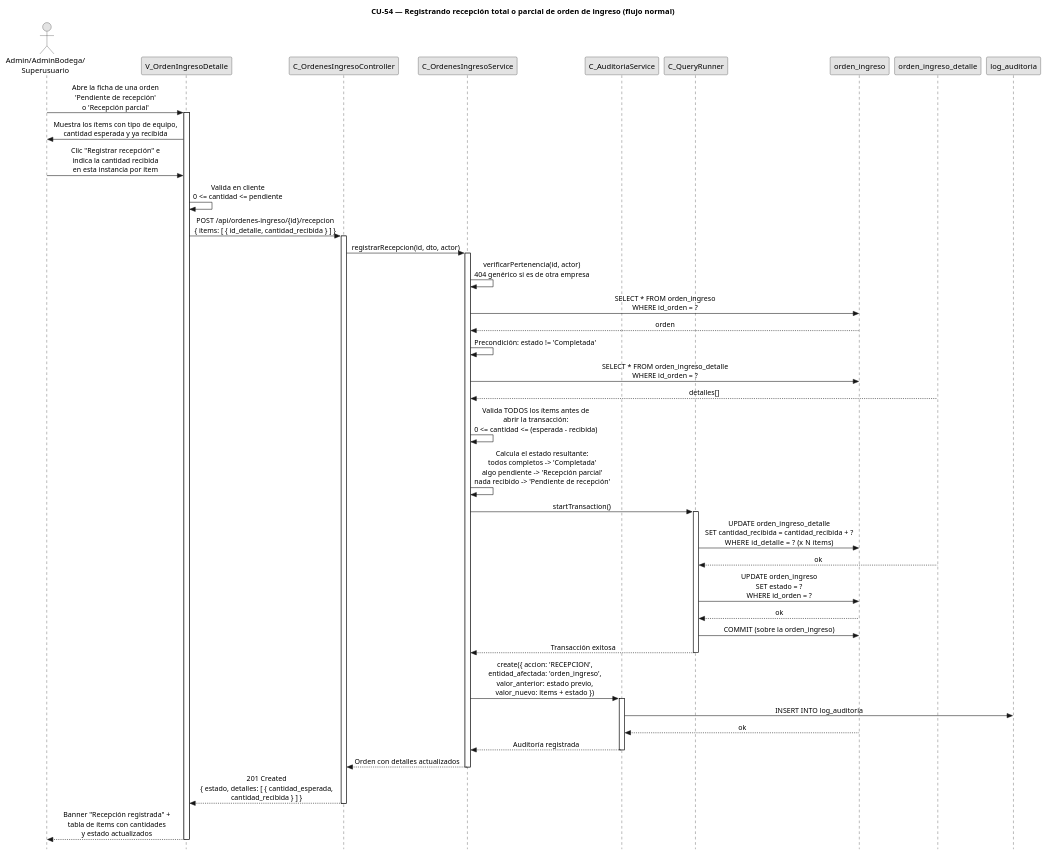
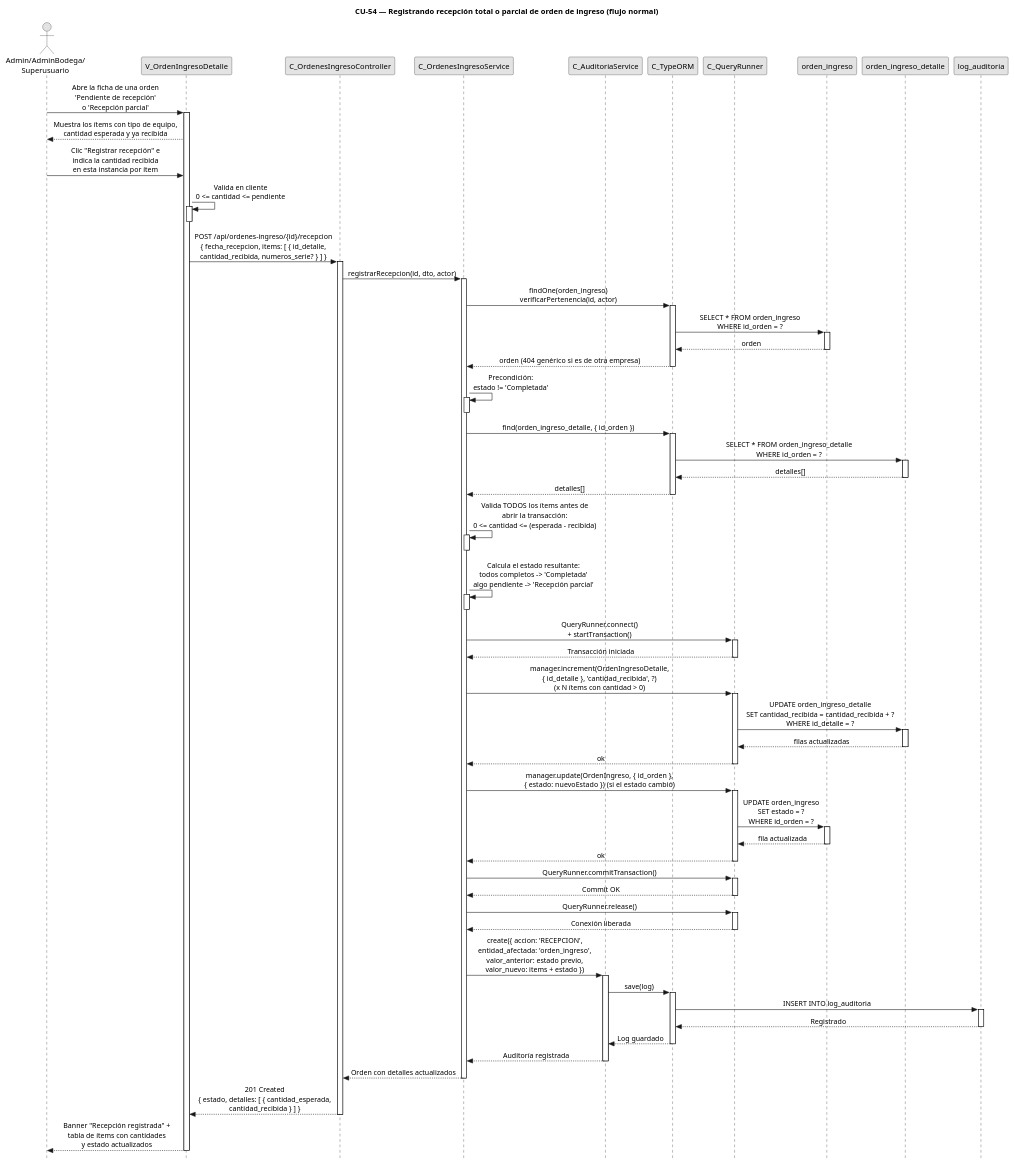
One commit to FSM-Finet-y-Cable-Magico/Team_1-Inventario-y-Bodega changed the diagram in diagramas/diagramas-secuencia/CU54/CU54-normal.puml. Above: the diagram before and after it, drawn with PlantUML. The commit also changed 21 other files, not shown here.

First line of the commit message:
docs(diagramas): retornos trazables en CU-54/57 y loops sin rectángulo (notas inicio/término)

```diff
--- a/diagramas/diagramas-secuencia/CU54/CU54-normal.puml
+++ b/diagramas/diagramas-secuencia/CU54/CU54-normal.puml
@@ -1,92 +1,137 @@
 @startuml CU54-RecepcionOrdenIngreso-Normal
 title CU-54 — Registrando recepción total o parcial de orden de ingreso (flujo normal)
 
 skinparam style strictuml
 skinparam monochrome true
 skinparam shadowing false
 skinparam sequenceMessageAlign center
 <style>
 sequenceDiagram {
   participant {
     margin 35
   }
   actor {
     margin 15
   }
 }
 </style>
 skinparam sequence {
   MessageAlign center
   LifeLineBorderColor black
 }
 hide footbox
 
 actor "Admin/AdminBodega/\nSuperusuario" as user
 participant "V_OrdenIngresoDetalle" as view
 participant "C_OrdenesIngresoController" as ctrl
 participant "C_OrdenesIngresoService" as svc
 participant "C_AuditoriaService" as aud
+participant "C_TypeORM" as orm
 participant "C_QueryRunner" as qr
 participant "orden_ingreso" as oing
 participant "orden_ingreso_detalle" as odet
 participant "log_auditoria" as aent
 
 user -> view : Abre la ficha de una orden\n'Pendiente de recepción'\no 'Recepción parcial'
 activate view
 
-view -> user : Muestra los ítems con tipo de equipo,\ncantidad esperada y ya recibida
+view --> user : Muestra los ítems con tipo de equipo,\ncantidad esperada y ya recibida
 
 user -> view : Clic "Registrar recepción" e\nindica la cantidad recibida\nen esta instancia por ítem
 
 view -> view : Valida en cliente\n0 <= cantidad <= pendiente
+activate view
+deactivate view
 
-view -> ctrl : POST /api/ordenes-ingreso/{id}/recepcion\n{ items: [ { id_detalle, cantidad_recibida } ] }
+view -> ctrl : POST /api/ordenes-ingreso/{id}/recepcion\n{ fecha_recepcion, items: [ { id_detalle,\ncantidad_recibida, numeros_serie? } ] }
 activate ctrl
 
 ctrl -> svc : registrarRecepcion(id, dto, actor)
 activate svc
 
-svc -> svc : verificarPertenencia(id, actor)\n404 genérico si es de otra empresa
+svc -> orm : findOne(orden_ingreso)\nverificarPertenencia(id, actor)
+activate orm
+orm -> oing : SELECT * FROM orden_ingreso\nWHERE id_orden = ?
+activate oing
+oing --> orm : orden
+deactivate oing
+orm --> svc : orden (404 genérico si es de otra empresa)
+deactivate orm
 
-svc -> oing : SELECT * FROM orden_ingreso\nWHERE id_orden = ?
-oing --> svc : orden
+svc -> svc : Precondición:\nestado != 'Completada'
+activate svc
+deactivate svc
 
-svc -> svc : Precondición: estado != 'Completada'
-
-svc -> oing : SELECT * FROM orden_ingreso_detalle\nWHERE id_orden = ?
-odet --> svc : detalles[]
+svc -> orm : find(orden_ingreso_detalle, { id_orden })
+activate orm
+orm -> odet : SELECT * FROM orden_ingreso_detalle\nWHERE id_orden = ?
+activate odet
+odet --> orm : detalles[]
+deactivate odet
+orm --> svc : detalles[]
+deactivate orm
 
 svc -> svc : Valida TODOS los ítems antes de\nabrir la transacción:\n0 <= cantidad <= (esperada - recibida)
+activate svc
+deactivate svc
 
-svc -> svc : Calcula el estado resultante:\ntodos completos -> 'Completada'\nalgo pendiente -> 'Recepción parcial'\nnada recibido -> 'Pendiente de recepción'
+svc -> svc : Calcula el estado resultante:\ntodos completos -> 'Completada'\nalgo pendiente -> 'Recepción parcial'
+activate svc
+deactivate svc
 
-svc -> qr : startTransaction()
+svc -> qr : QueryRunner.connect()\n+ startTransaction()
 activate qr
+qr --> svc : Transacción iniciada
+deactivate qr
 
-qr -> oing : UPDATE orden_ingreso_detalle\nSET cantidad_recibida = cantidad_recibida + ?\nWHERE id_detalle = ?   (x N ítems)
-odet --> qr : ok
+svc -> qr : manager.increment(OrdenIngresoDetalle,\n{ id_detalle }, 'cantidad_recibida', ?)\n(x N ítems con cantidad > 0)
+activate qr
+qr -> odet : UPDATE orden_ingreso_detalle\nSET cantidad_recibida = cantidad_recibida + ?\nWHERE id_detalle = ?
+activate odet
+odet --> qr : filas actualizadas
+deactivate odet
+qr --> svc : ok
+deactivate qr
 
+svc -> qr : manager.update(OrdenIngreso, { id_orden },\n{ estado: nuevoEstado })  (si el estado cambió)
+activate qr
 qr -> oing : UPDATE orden_ingreso\nSET estado = ?\nWHERE id_orden = ?
-oing --> qr : ok
+activate oing
+oing --> qr : fila actualizada
+deactivate oing
+qr --> svc : ok
+deactivate qr
 
-qr -> oing :COMMIT (sobre la orden_ingreso)
-qr --> svc : Transacción exitosa
+svc -> qr : QueryRunner.commitTransaction()
+activate qr
+qr --> svc : Commit OK
+deactivate qr
+
+svc -> qr : QueryRunner.release()
+activate qr
+qr --> svc : Conexión liberada
 deactivate qr
 
 svc -> aud : create({ accion: 'RECEPCION',\nentidad_afectada: 'orden_ingreso',\nvalor_anterior: estado previo,\nvalor_nuevo: items + estado })
 activate aud
-aud -> aent : INSERT INTO log_auditoria
-oing --> aud : ok
+aud -> orm : save(log)
+activate orm
+orm -> aent : INSERT INTO log_auditoria
+activate aent
+aent --> orm : Registrado
+deactivate aent
+orm --> aud : Log guardado
+deactivate orm
 aud --> svc : Auditoría registrada
 deactivate aud
 
 svc --> ctrl : Orden con detalles actualizados
 deactivate svc
 
 ctrl --> view : 201 Created\n{ estado, detalles: [ { cantidad_esperada,\ncantidad_recibida } ] }
 deactivate ctrl
 
 view --> user : Banner "Recepción registrada" +\ntabla de ítems con cantidades\ny estado actualizados
 deactivate view
 
 @enduml
```
